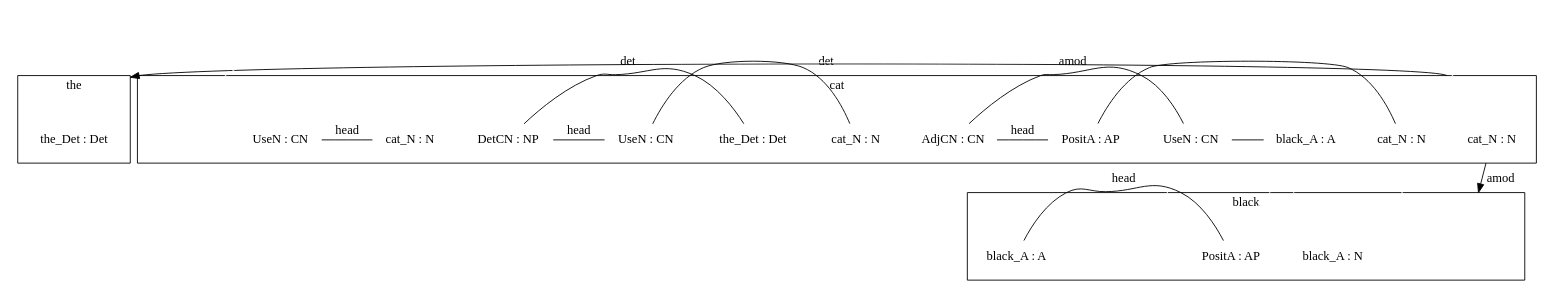
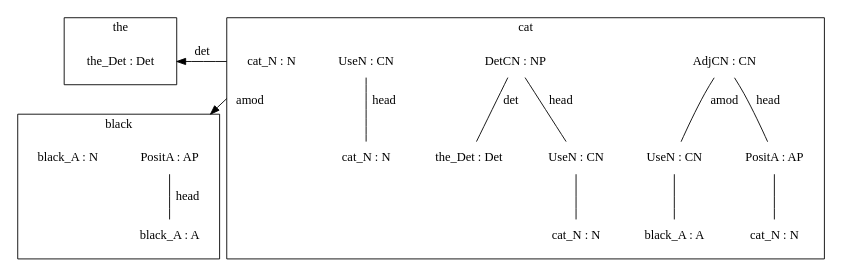
One commit to anka-213/gf-ud-exjobb changed the diagram in thesis/figure/black_cats/the_black_cat_graph.dot. Above: the diagram before and after it, drawn with Graphviz. The commit also changed 1 other file, not shown here.

Commit message:
Fix ugly graph

```diff
--- a/thesis/figure/black_cats/the_black_cat_graph.dot
+++ b/thesis/figure/black_cats/the_black_cat_graph.dot
@@ -1,118 +1,117 @@
 # Place the cursor inside "graph" to get some refactoring options
 
 digraph {
 
     compound=true;
 
 
 
     # a -> cat_head[lhead=cluster0 label=""];
 
     # big_head [style=invisible];
     # big_head -> the_0 [lhead=cluster1, color=blue ];
     # big_head -> black_head [lhead=cluster2, color=blue];
     # big_head -> cat_head [lhead=cluster0, color=blue ];
-    the_0 -> black_head[color=transparent , lhead=cluster2,ltail=cluster1]
-    black_head -> cat_0[color=transparent ]
+    the_0 -> black_0[color=transparent , lhead=cluster2,ltail=cluster1]
+    black_0 -> cat_0[color=transparent ]
 
 
 
     cat_0 -> the_0 [lhead=cluster1, ltail=cluster0, label = det];
 
-    cat_0 -> black_head [lhead=cluster2, ltail=cluster0, label = "amod"];
+    cat_0 -> PositA_1 [lhead=cluster2, ltail=cluster0, label = "amod"];
 
     # rank="same";
     #rankdir=LR
     # splines=curved;
-edge [constraint=false]
+    # edge [constraint=false];
 
     subgraph cluster1 {
-        edge [dir=none];
+        edge [dir=none, constraint=true];
         label="the";
 
         the_0 [label="the_Det : Det", shape=none];
     }
 
 
     subgraph cluster2 {
-        edge [dir=none];
+        edge [dir=none, constraint=true];
         label="black";
 
         pos="1,0!";
-        black_head [style=invisible]
-        black_head -> black_0  [color=white];
-        black_head -> PositA_1 [color=white];
+
+        # black_0 -> PositA_1
 
         {
         black_0 [label="black_A : N", shape=none];
-        black_out[style=invisible];
-        black_0 ->black_out[color=white];
         }
+
         {
         black_1 [label="black_A : A", shape=none];
         PositA_1 [label="PositA : AP", shape=none];
 
         PositA_1 -> black_1 [label=" head"];
         }
 
+
     }
 
     subgraph cluster0 {
-        edge [dir=none];
+        edge [dir=none, constraint=true];
         # node [shape=none];
         label="cat";
         pos="0,0!";
         #cat_head [style=invisible]
         #cat_head -> cat_0  [color=white];
         #cat_head -> UseN_1 [color=white];
         #cat_head -> DetCN_2 [color=white];
 
         subgraph c3{
 
         cat_3 [label="cat_N : N", shape=none];
         black_3 [label="black_A : A", shape=none];
         UseN_3 [label="UseN : CN", shape=none];
         PositA_3 [label="PositA : AP", shape=none];
         AdjCN_3 [label="AdjCN : CN", shape=none];
 
         PositA_3 -> cat_3;
         UseN_3 -> black_3;
         AdjCN_3 -> UseN_3 [label=" amod"]
         AdjCN_3 -> PositA_3 [label=" head"]
         }
 
         subgraph c2{
 
         cat_2 [label="cat_N : N", shape=none];
         the_2 [label="the_Det : Det", shape=none];
         UseN_2 [label="UseN : CN", shape=none];
         DetCN_2 [label="DetCN : NP", shape=none];
 
         UseN_2 -> cat_2;
         DetCN_2 -> the_2 [label=" det"]
         DetCN_2 -> UseN_2 [label=" head"]
         }
 
         subgraph c1{
         cat_1 [label="cat_N : N", shape=none];
         UseN_1 [label="UseN : CN", shape=none];
 
         UseN_1 -> cat_1 [label=" head"];
         }
 
 
 
         subgraph c0 {
         cat_0 [label="cat_N : N", shape=none];
         cat_out[style=invisible];
         cat_0 ->cat_out[color=white];
         }
 
         # cat_N : N
         # DetCN the_Det (UseN cat_N) : NP
         # ModCN (PositA black_A) (UseN cat_N) : CN
 
         # cat -- N;
     }
 
 }
```
